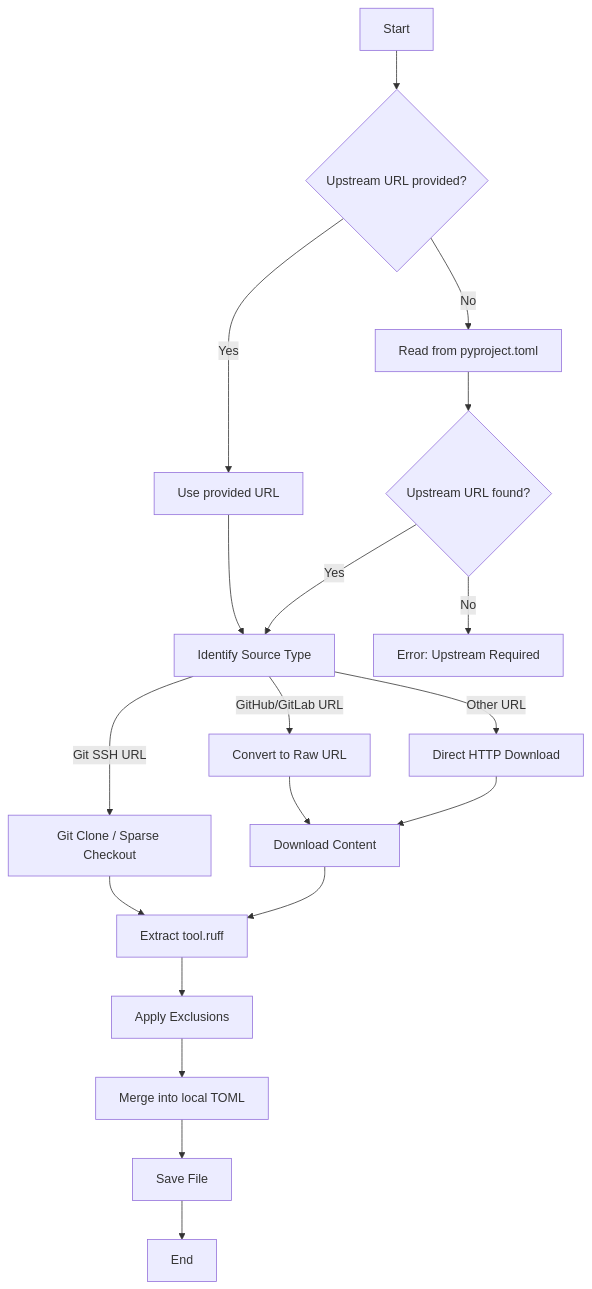
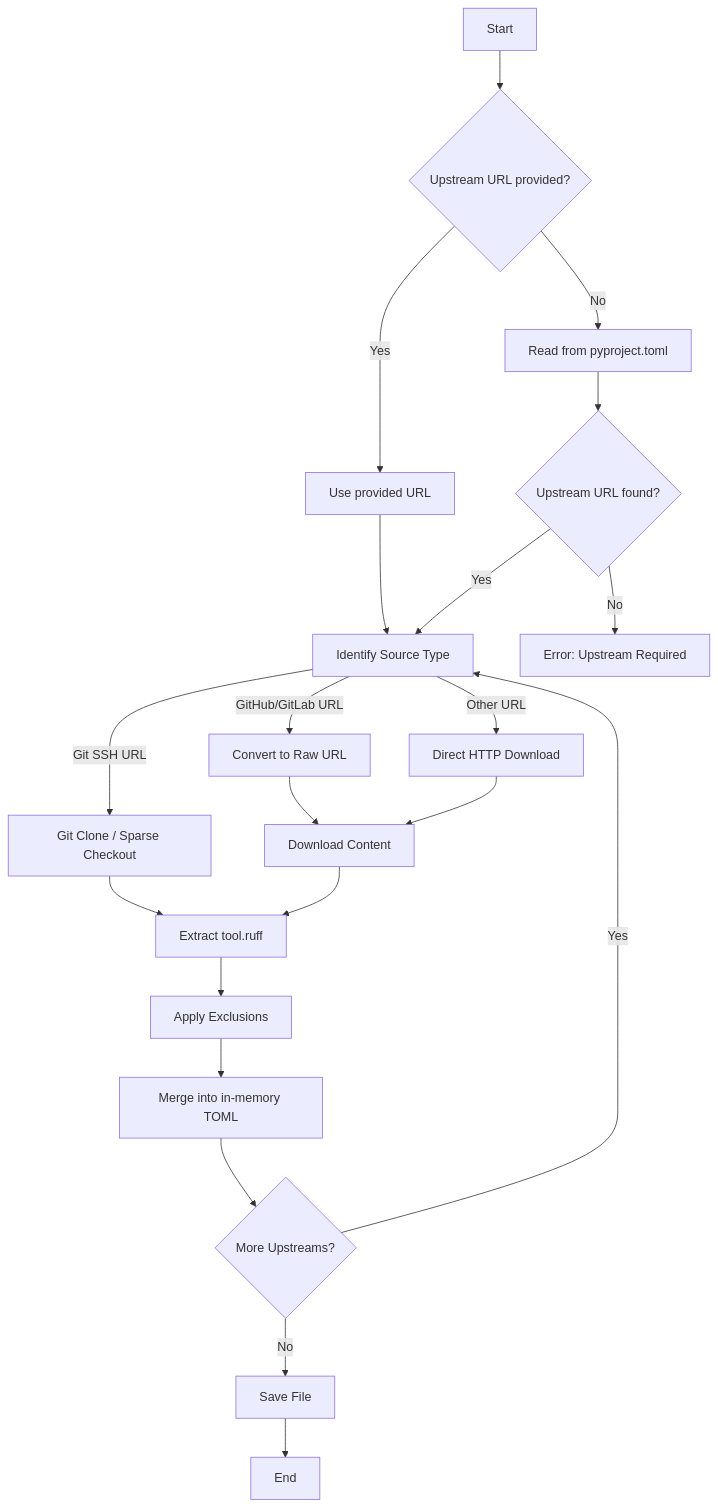
The diagram in docs/usage.md (Kilo59/ruff-sync), drawn with Mermaid before and after one commit. The commit also changed other lines of this file and 18 other files, not shown here.

````diff
--- a/docs/usage.md
+++ b/docs/usage.md
@@ -78,21 +78,23 @@
 ```mermaid
 graph TD
     A[Start] --> B{Upstream URL provided?}
     B -- No --> C[Read from pyproject.toml]
     B -- Yes --> D[Use provided URL]
     C --> E{Upstream URL found?}
     D --> F[Identify Source Type]
     E -- No --> G[Error: Upstream Required]
     E -- Yes --> F
     F -- GitHub/GitLab URL --> H[Convert to Raw URL]
     F -- Git SSH URL --> I[Git Clone / Sparse Checkout]
     F -- Other URL --> J[Direct HTTP Download]
     H --> K[Download Content]
     J --> K
     I --> L[Extract tool.ruff]
     K --> L
     L --> M[Apply Exclusions]
-    M --> N[Merge into local TOML]
-    N --> O[Save File]
+    M --> N[Merge into in-memory TOML]
+    N --> Loop{More Upstreams?}
+    Loop -- Yes --> F
+    Loop -- No --> O[Save File]
     O --> P[End]
 ```
````
